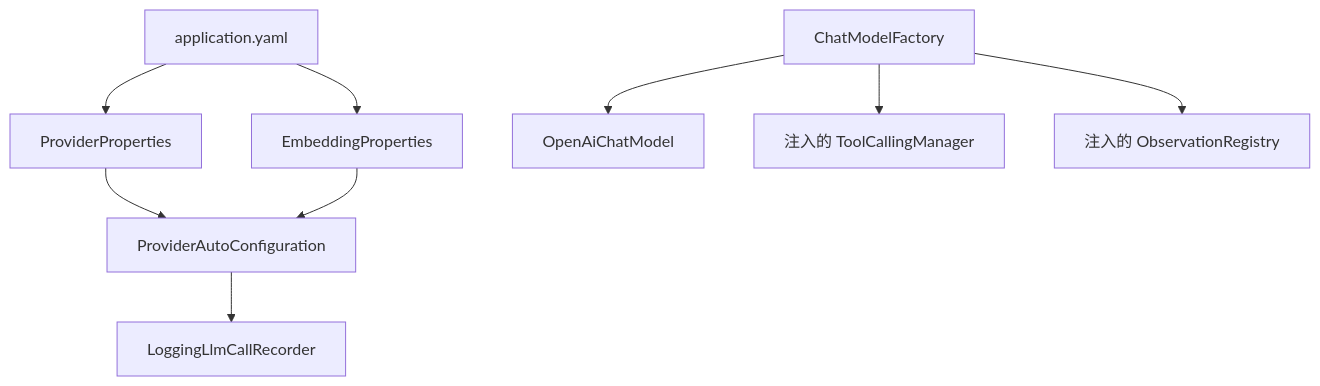
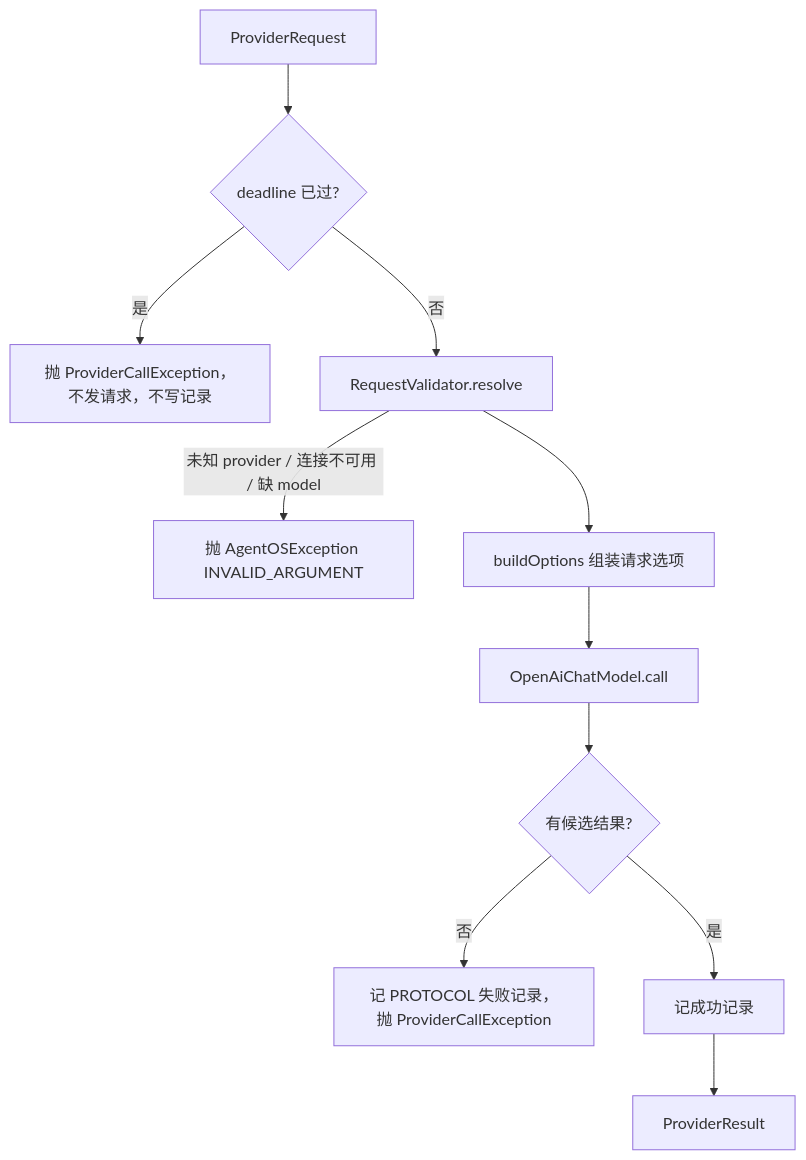
The first of 2 diagrams in docs/code-reading/AgentOS-provider.md (wangkaiqistart/agent-os), drawn with Mermaid before and after one commit. The commit also changed other lines of this file and 3 other files, not shown here.

````diff
--- a/docs/code-reading/AgentOS-provider.md
+++ b/docs/code-reading/AgentOS-provider.md
@@ -5,11 +13,13 @@
 ```mermaid
 flowchart TD
-    Y[application.yaml] --> PP[ProviderProperties]
-    Y --> EP[EmbeddingProperties]
-    PP --> AC[ProviderAutoConfiguration]
-    EP --> AC
-    AC --> LR[LoggingLlmCallRecorder]
-    CF[ChatModelFactory] --> CM[OpenAiChatModel]
-    CF --> TM[注入的 ToolCallingManager]
-    CF --> OR[注入的 ObservationRegistry]
+    R[ProviderRequest] --> D{deadline 已过?}
+    D -->|是| X1[抛 ProviderCallException，不发请求，不写记录]
+    D -->|否| V[RequestValidator.resolve]
+    V -->|未知 provider / 连接不可用 / 缺 model| X2[抛 AgentOSException INVALID_ARGUMENT]
+    V --> O[buildOptions 组装请求选项]
+    O --> C[OpenAiChatModel.call]
+    C --> E{有候选结果?}
+    E -->|否| F[记 PROTOCOL 失败记录，抛 ProviderCallException]
+    E -->|是| S[记成功记录]
+    S --> RS[ProviderResult]
 ```
````
